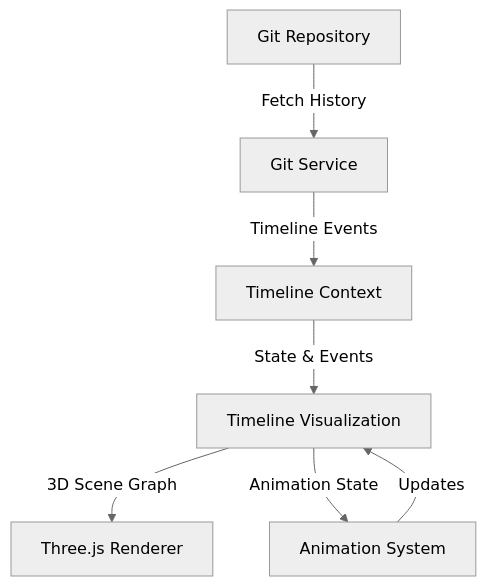
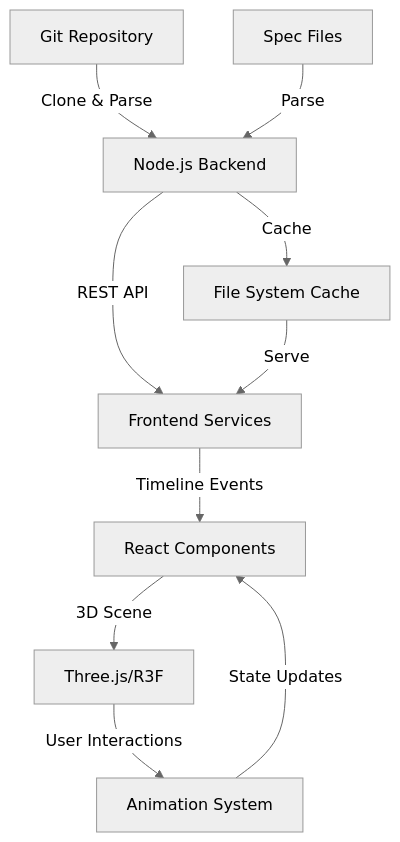
Before and after one commit to fwornle/timeline: the first of 3 diagrams in docs/architecture.md, drawn with Mermaid (neutral theme). The commit also changed other lines of this file and 3 other files, not shown here.

````diff
--- a/docs/architecture.md
+++ b/docs/architecture.md
@@ -7,9 +9,13 @@
 ```mermaid
 graph TD
-    A[Git Repository] -->|Fetch History| B[Git Service]
-    B -->|Timeline Events| C[Timeline Context]
-    C -->|State & Events| D[Timeline Visualization]
-    D -->|3D Scene Graph| E[Three.js Renderer]
-    D -->|Animation State| F[Animation System]
-    F -->|Updates| D
+    A[Git Repository] -->|Clone & Parse| B[Node.js Backend]
+    B -->|REST API| C[Frontend Services]
+    C -->|Timeline Events| D[React Components]
+    D -->|3D Scene| E[Three.js/R3F]
+    E -->|User Interactions| F[Animation System]
+    F -->|State Updates| D
+
+    G[Spec Files] -->|Parse| B
+    B -->|Cache| H[File System Cache]
+    H -->|Serve| C
 ```
````
